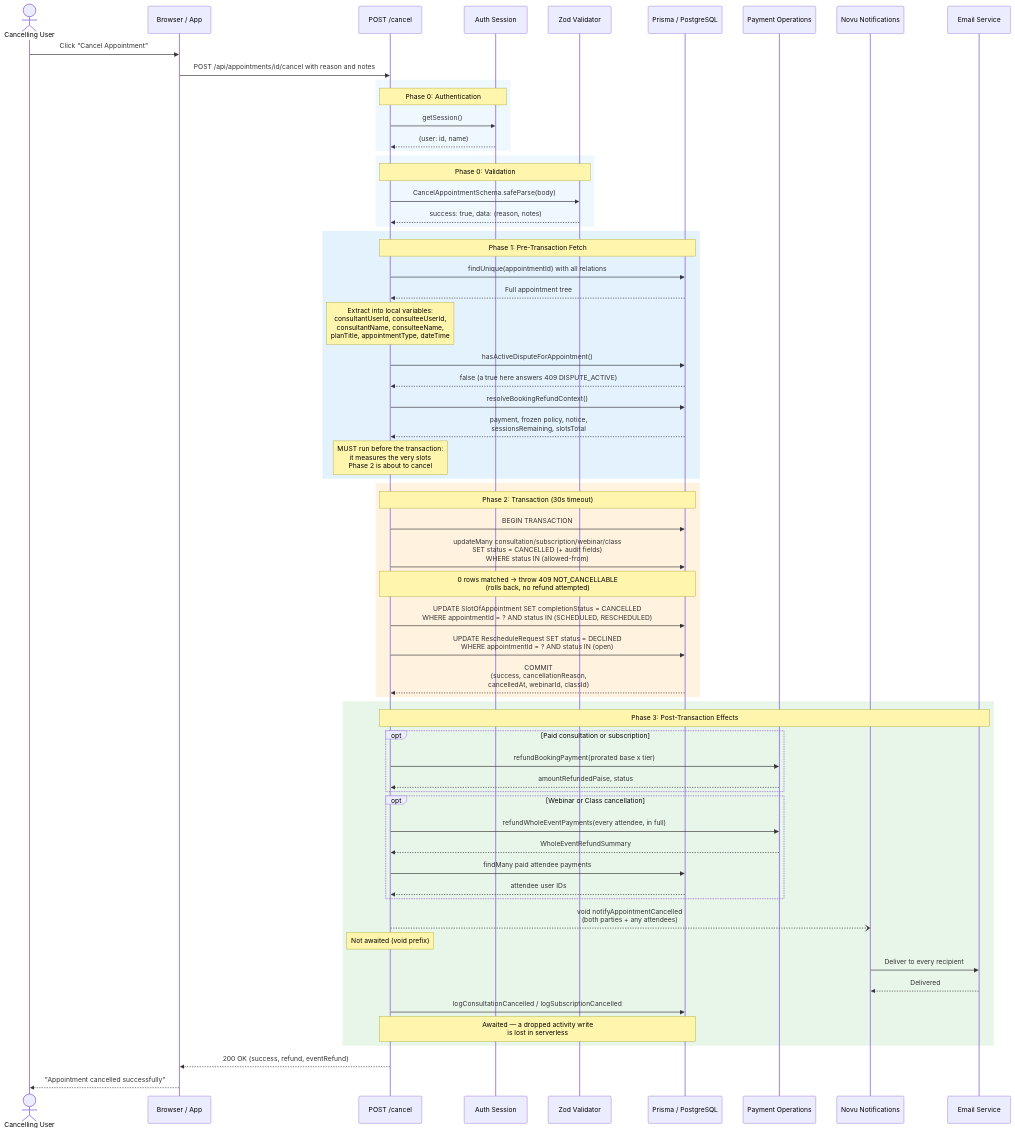
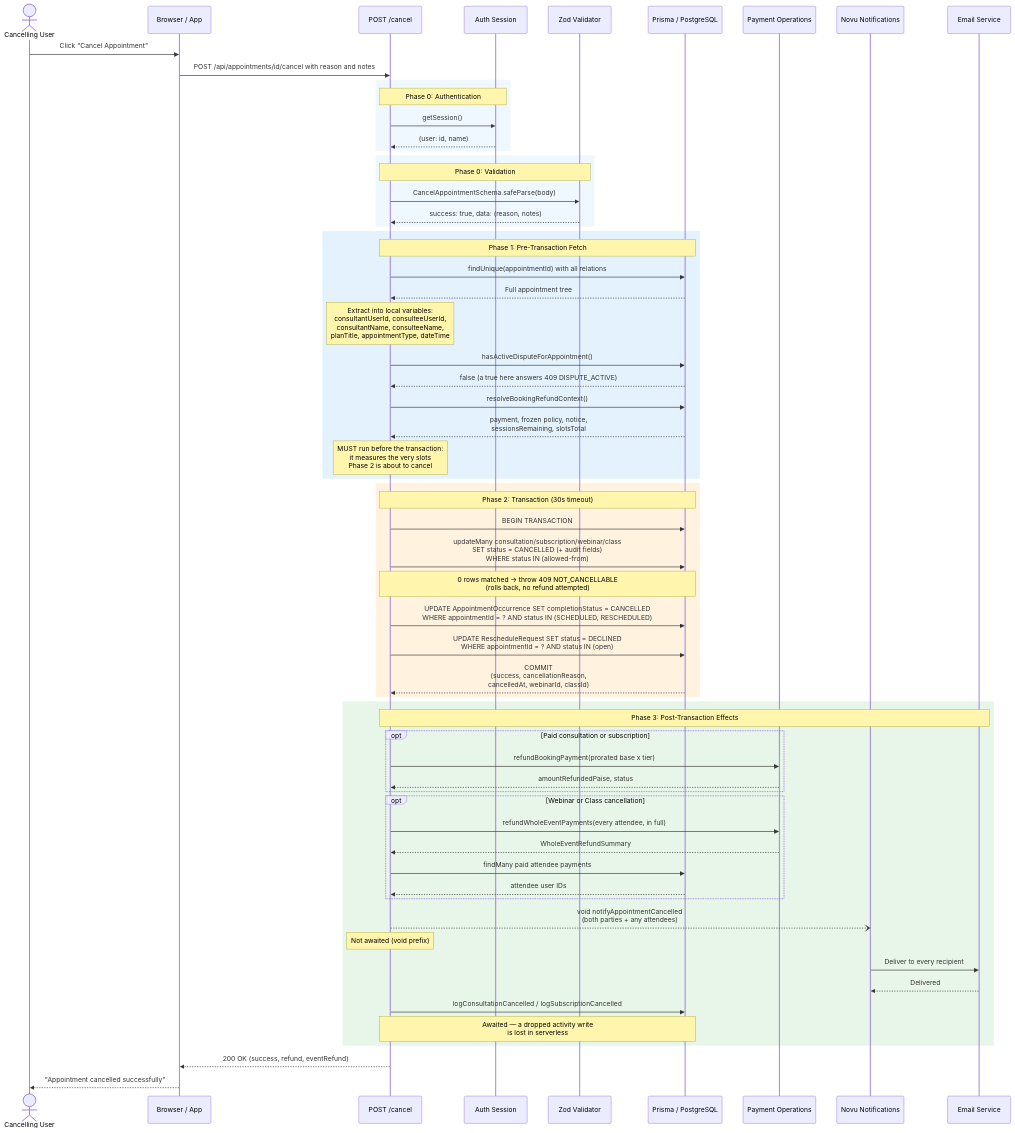
One commit to Practitionist/familiarise_web changed diagram 14 of 14 in docs/booking/08-cancellation-flow.md. Above: the diagram before and after it, drawn with Mermaid. The commit also changed other lines of this file and 107 other files, not shown here.

Commit message:
docs(vocabulary): the scheduling glossary, booking, feedback, support, stream and review docs speak AppointmentOccurrence, Meeting and Trial (#1554)

````diff
--- a/docs/booking/08-cancellation-flow.md
+++ b/docs/booking/08-cancellation-flow.md
@@ -1268,76 +1268,76 @@
 ```mermaid
 sequenceDiagram
     actor User as Cancelling User
     participant Client as Browser / App
     participant API as POST /cancel
     participant Auth as Auth Session
     participant Zod as Zod Validator
     participant DB as Prisma / PostgreSQL
     participant Pay as Payment Operations
     participant Novu as Novu Notifications
     participant Email as Email Service
 
     User->>Client: Click "Cancel Appointment"
     Client->>API: POST /api/appointments/id/cancel with reason and notes
 
     rect rgb(240, 248, 255)
         Note over API,Auth: Phase 0: Authentication
         API->>Auth: getSession()
         Auth-->>API: (user: id, name)
     end
 
     rect rgb(240, 248, 255)
         Note over API,Zod: Phase 0: Validation
         API->>Zod: CancelAppointmentSchema.safeParse(body)
         Zod-->>API: success: true, data: (reason, notes)
     end
 
     rect rgb(227, 242, 253)
         Note over API,DB: Phase 1: Pre-Transaction Fetch
         API->>DB: findUnique(appointmentId) with all relations
         DB-->>API: Full appointment tree
         Note over API: Extract into local variables:<br/>consultantUserId, consulteeUserId,<br/>consultantName, consulteeName,<br/>planTitle, appointmentType, dateTime
         API->>DB: hasActiveDisputeForAppointment()
         DB-->>API: false (a true here answers 409 DISPUTE_ACTIVE)
         API->>DB: resolveBookingRefundContext()
         DB-->>API: payment, frozen policy, notice,<br/>sessionsRemaining, slotsTotal
         Note over API: MUST run before the transaction:<br/>it measures the very slots<br/>Phase 2 is about to cancel
     end
 
     rect rgb(255, 243, 224)
         Note over API,DB: Phase 2: Transaction (30s timeout)
         API->>DB: BEGIN TRANSACTION
         API->>DB: updateMany consultation/subscription/webinar/class<br/>SET status = CANCELLED (+ audit fields)<br/>WHERE status IN (allowed-from)
         Note over API,DB: 0 rows matched -> throw 409 NOT_CANCELLABLE<br/>(rolls back, no refund attempted)
-        API->>DB: UPDATE SlotOfAppointment SET completionStatus = CANCELLED<br/>WHERE appointmentId = ? AND status IN (SCHEDULED, RESCHEDULED)
+        API->>DB: UPDATE AppointmentOccurrence SET completionStatus = CANCELLED<br/>WHERE appointmentId = ? AND status IN (SCHEDULED, RESCHEDULED)
         API->>DB: UPDATE RescheduleRequest SET status = DECLINED<br/>WHERE appointmentId = ? AND status IN (open)
         DB-->>API: COMMIT<br/>(success, cancellationReason,<br/>cancelledAt, webinarId, classId)
     end
 
     rect rgb(232, 245, 233)
         Note over API,Email: Phase 3: Post-Transaction Effects
 
         opt Paid consultation or subscription
             API->>Pay: refundBookingPayment(prorated base x tier)
             Pay-->>API: amountRefundedPaise, status
         end
 
         opt Webinar or Class cancellation
             API->>Pay: refundWholeEventPayments(every attendee, in full)
             Pay-->>API: WholeEventRefundSummary
             API->>DB: findMany paid attendee payments
             DB-->>API: attendee user IDs
         end
 
         API--)Novu: void notifyAppointmentCancelled<br/>(both parties + any attendees)
         Note over API: Not awaited (void prefix)
         Novu->>Email: Deliver to every recipient
         Email-->>Novu: Delivered
 
         API->>DB: logConsultationCancelled / logSubscriptionCancelled
         Note over API,DB: Awaited — a dropped activity write<br/>is lost in serverless
     end
 
     API-->>Client: 200 OK (success, refund, eventRefund)
     Client-->>User: "Appointment cancelled successfully"
 ```
````
